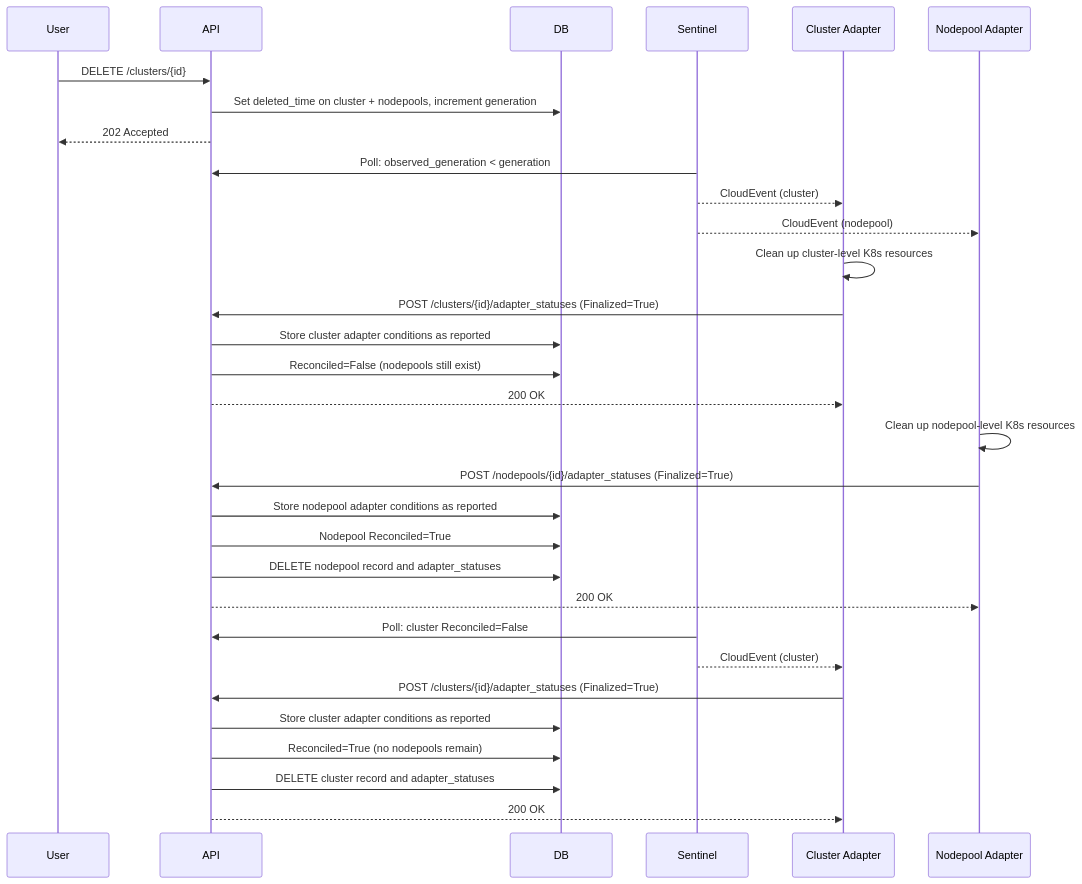
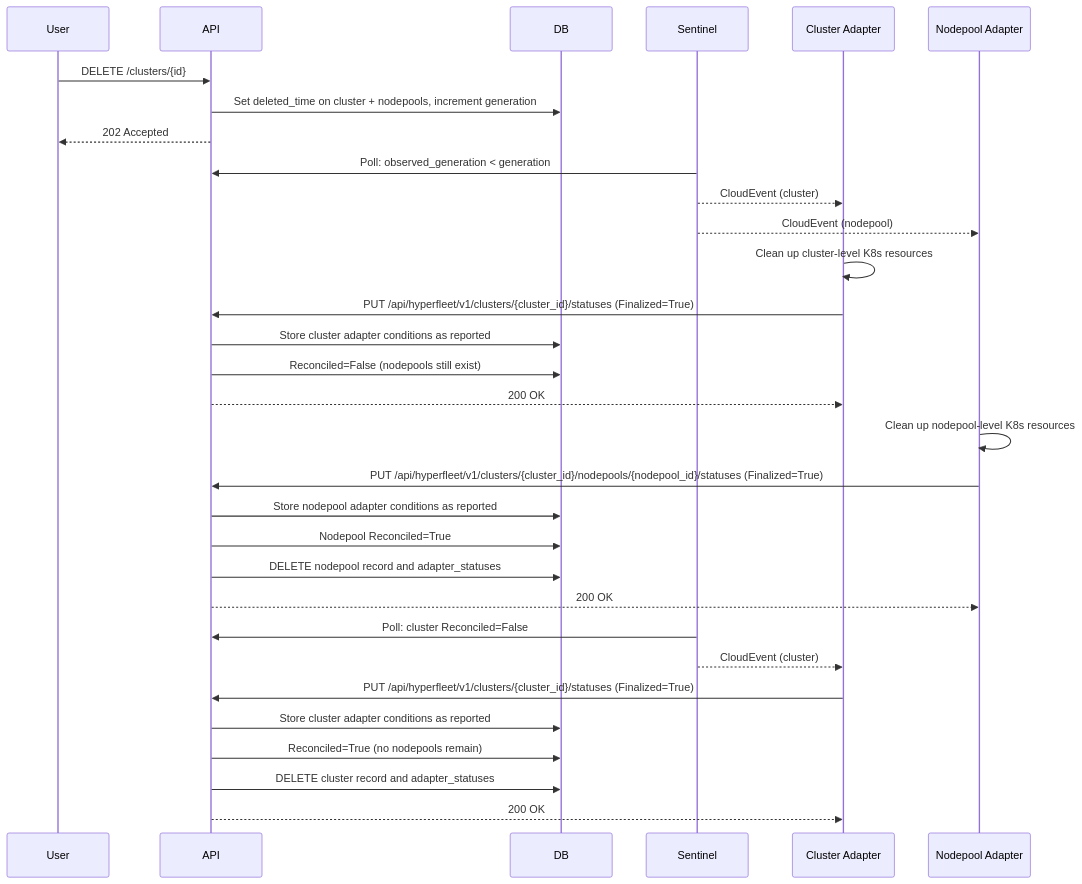
One commit to rh-amarin/hyperfleet-architecture changed the first of 2 diagrams in hyperfleet/components/api-service/hard-delete-design.md. Above: the diagram before and after it, drawn with Mermaid. The commit also changed other lines of this file and 13 other files, not shown here.

Commit message:
HYPERFLEET-978 - docs: Update docs to reflect POST -> PUT changes

````diff
--- a/hyperfleet/components/api-service/hard-delete-design.md
+++ b/hyperfleet/components/api-service/hard-delete-design.md
@@ -79,39 +79,39 @@
 ```mermaid
 sequenceDiagram
     participant User
     participant API
     participant DB
     participant Sentinel
     participant CLAdapter as Cluster Adapter
     participant NPAdapter as Nodepool Adapter
 
     User->>API: DELETE /clusters/{id}
     API->>DB: Set deleted_time on cluster + nodepools, increment generation
     API-->>User: 202 Accepted
 
     Sentinel->>API: Poll: observed_generation < generation
     Sentinel-->>CLAdapter: CloudEvent (cluster)
     Sentinel-->>NPAdapter: CloudEvent (nodepool)
 
     CLAdapter->>CLAdapter: Clean up cluster-level K8s resources
-    CLAdapter->>API: POST /clusters/{id}/adapter_statuses (Finalized=True)
+    CLAdapter->>API: PUT /api/hyperfleet/v1/clusters/{cluster_id}/statuses (Finalized=True)
     API->>DB: Store cluster adapter conditions as reported
     API->>DB: Reconciled=False (nodepools still exist)
     API-->>CLAdapter: 200 OK
 
     NPAdapter->>NPAdapter: Clean up nodepool-level K8s resources
-    NPAdapter->>API: POST /nodepools/{id}/adapter_statuses (Finalized=True)
+    NPAdapter->>API: PUT /api/hyperfleet/v1/clusters/{cluster_id}/nodepools/{nodepool_id}/statuses (Finalized=True)
     API->>DB: Store nodepool adapter conditions as reported
     API->>DB: Nodepool Reconciled=True
     API->>DB: DELETE nodepool record and adapter_statuses
     API-->>NPAdapter: 200 OK
 
     Sentinel->>API: Poll: cluster Reconciled=False
     Sentinel-->>CLAdapter: CloudEvent (cluster)
 
-    CLAdapter->>API: POST /clusters/{id}/adapter_statuses (Finalized=True)
+    CLAdapter->>API: PUT /api/hyperfleet/v1/clusters/{cluster_id}/statuses (Finalized=True)
     API->>DB: Store cluster adapter conditions as reported
     API->>DB: Reconciled=True (no nodepools remain)
     API->>DB: DELETE cluster record and adapter_statuses
     API-->>CLAdapter: 200 OK
 ```
````
